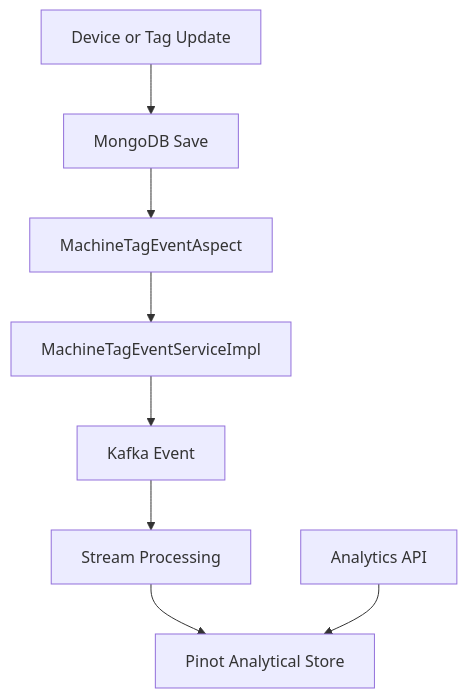
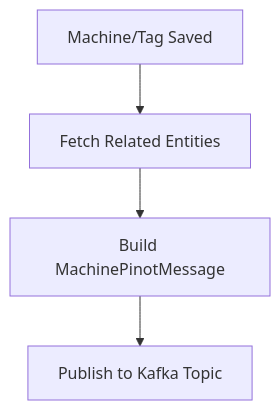
Before and after one commit to flamingo-stack/openframe-oss-lib: the diagram in docs/diagrams/architecture/data-platform-core-5.mmd, drawn with Mermaid. The commit also changed 212 other files, not shown here.

```diff
--- a/docs/diagrams/architecture/data-platform-core-5.mmd
+++ b/docs/diagrams/architecture/data-platform-core-5.mmd
@@ -1,8 +1,4 @@
 flowchart TD
-    UserAction["Device or Tag Update"] --> Mongo["MongoDB Save"]
-    Mongo --> Aspect["MachineTagEventAspect"]
-    Aspect --> Service["MachineTagEventServiceImpl"]
-    Service --> Kafka["Kafka Event"]
-    Kafka --> Stream["Stream Processing"]
-    Stream --> Pinot["Pinot Analytical Store"]
-    API["Analytics API"] --> Pinot
+    Save["Machine/Tag Saved"] --> Fetch["Fetch Related Entities"]
+    Fetch --> Build["Build MachinePinotMessage"]
+    Build --> Publish["Publish to Kafka Topic"]
```
